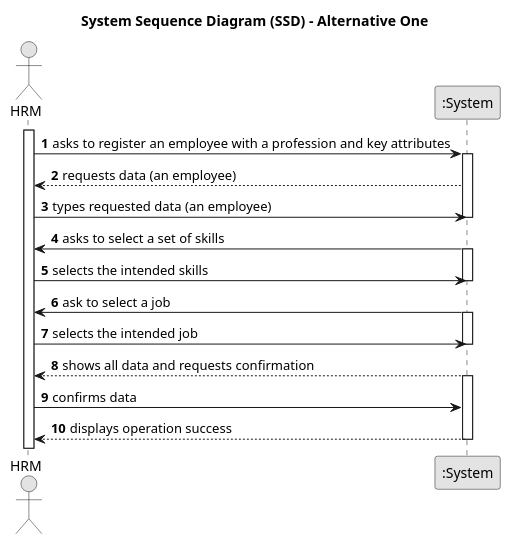
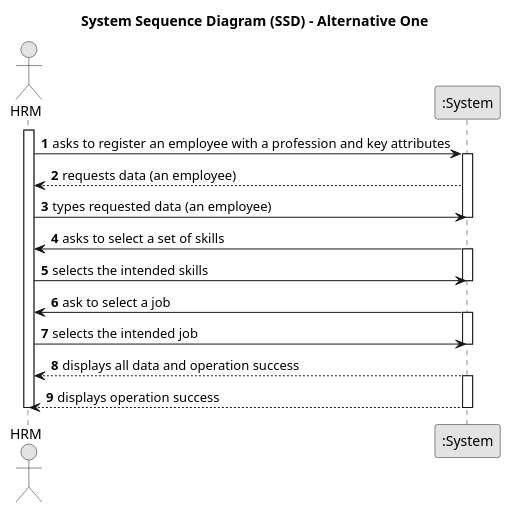
The diagram in docs/sprint B/us003/01.requirements-engineering/puml/us003-system-sequence-diagram-alternative-one.puml (Departamento-de-Engenharia-Informatica/lei-24-s2-1df-1de-g063), drawn with PlantUML before and after one commit.

Commit message:
SSD US03

```diff
--- a/docs/sprint B/us003/01.requirements-engineering/puml/us003-system-sequence-diagram-alternative-one.puml
+++ b/docs/sprint B/us003/01.requirements-engineering/puml/us003-system-sequence-diagram-alternative-one.puml
@@ -1,45 +1,28 @@
 @startuml
 skinparam monochrome true
 skinparam packageStyle rectangle
 skinparam shadowing false
-
 title System Sequence Diagram (SSD) - Alternative One
-
 autonumber
-
 actor "HRM" as HRM
 participant ":System" as System
-
 activate HRM
-
     HRM -> System : asks to register an employee with a profession and key attributes
-
     activate System
-
         System --> HRM : requests data (an employee)
-
     HRM -> System : types requested data (an employee)
     deactivate System
-
-
-    System -> HRM : asks to select a set of skills
-     activate System
+        System -> HRM : asks to select a set of skills
+        activate System
     HRM -> System : selects the intended skills
     deactivate System
-
-
-
     System -> HRM : ask to select a job
        activate System
     HRM -> System : selects the intended job
     deactivate System
-
-
-        System --> HRM : shows all data and requests confirmation
-    activate System
-    HRM -> System : confirms data
-
+           System --> HRM : displays all data and operation success
+   activate System
         System --> HRM : displays operation success
-    deactivate System
-
+   deactivate System
+deactivate HRM
 @enduml
```
